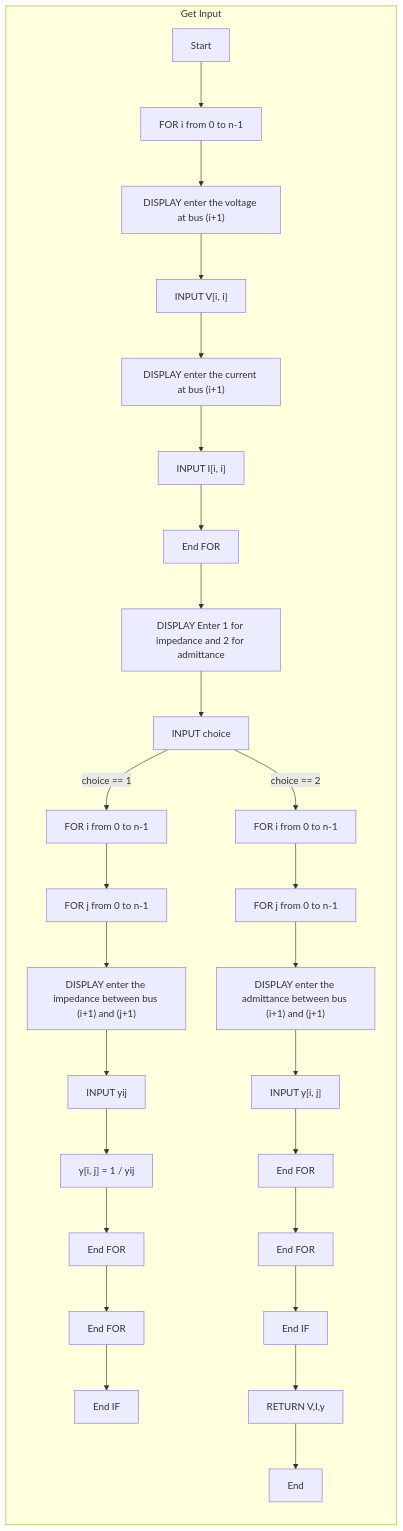
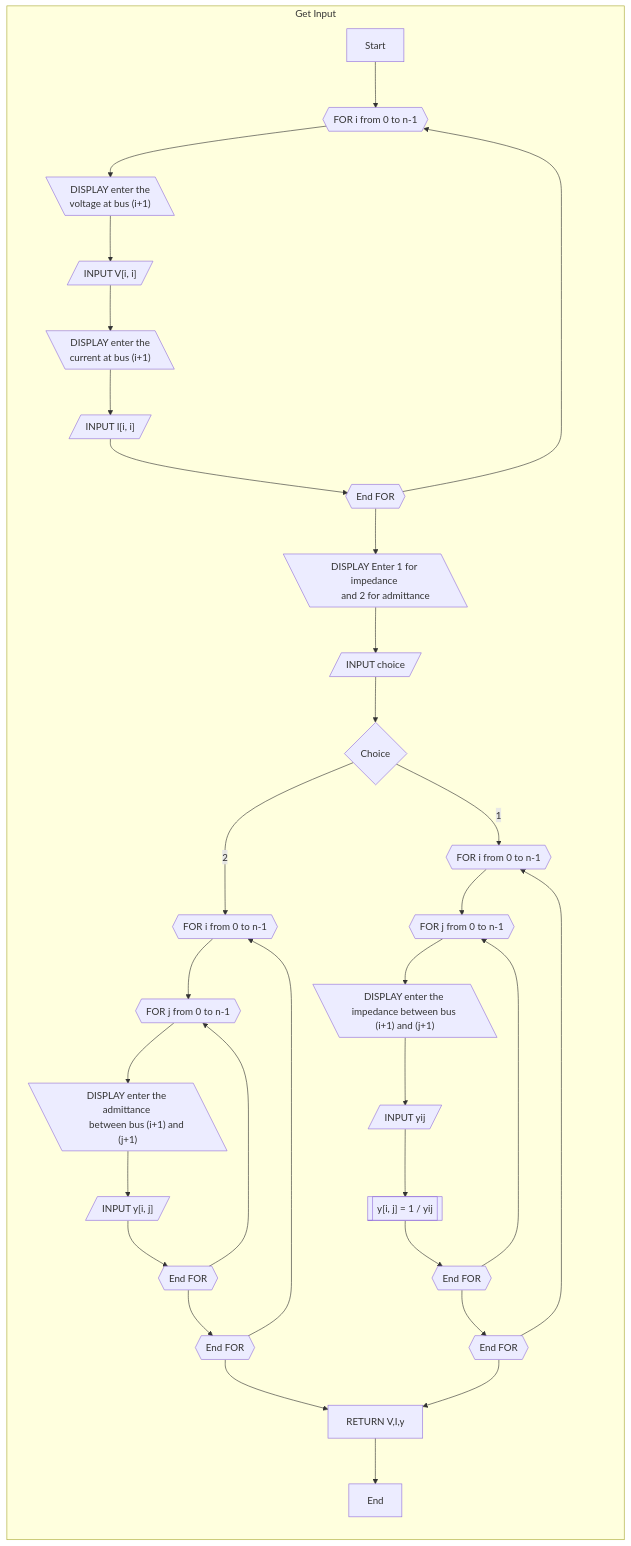
One commit to Sree2011/flowcharts-load-flow-analysis changed the first of 4 diagrams in line-flows-and-losses.md. Above: the diagram before and after it, drawn with Mermaid. The commit also changed other lines of this file, not shown here.

```diff
--- a/line-flows-and-losses.md
+++ b/line-flows-and-losses.md
@@ -10,32 +10,41 @@
 <pre class="mermaid">
 graph LR
     subgraph "Get Input"
         direction TB
-        K[Start]:::bigFontSize
-        K --> L[FOR i from 0 to n-1]:::bigFontSize
-        L --> M["DISPLAY enter the voltage at bus (i+1)"]:::bigFontSize
-        M --> N["INPUT V[i, i]"]:::bigFontSize
-        N --> O["DISPLAY enter the current at bus (i+1)"]:::bigFontSize
-        O --> P["INPUT I[i, i]"]:::bigFontSize
-        P --> Q[End FOR]:::bigFontSize
-        Q --> R["DISPLAY Enter 1 for impedance and 2 for admittance"]:::bigFontSize
-        R --> S[INPUT choice]:::bigFontSize
-        S --> |choice == 1| T[FOR i from 0 to n-1]:::bigFontSize
-        T --> U[FOR j from 0 to n-1]:::bigFontSize
-        U --> V["DISPLAY enter the impedance between bus (i+1) and (j+1)"]:::bigFontSize
-        V --> W[INPUT yij]:::bigFontSize
-        W --> X["y[i, j] = 1 / yij"]:::bigFontSize
-        X --> Y[End FOR]:::bigFontSize
-        Y --> Z[End FOR]:::bigFontSize
-        Z --> AA[End IF]:::bigFontSize
-        S --> |choice == 2| BB[FOR i from 0 to n-1]:::bigFontSize
-        BB --> CC[FOR j from 0 to n-1]:::bigFontSize
-        CC --> DD["DISPLAY enter the admittance between bus (i+1) and (j+1)"]:::bigFontSize
-        DD --> EE["INPUT y[i, j]"]:::bigFontSize
-        EE --> FF[End FOR]:::bigFontSize
-        FF --> GG[End FOR]:::bigFontSize
-        GG --> HH[End IF]:::bigFontSize
-        HH --> II[RETURN V,I,y]:::bigFontSize
-        II --> JJ[End]:::bigFontSize
+        K[Start]
+        K --> L[FOR i from 0 to n-1]@{shape: hex}
+        L --> M["DISPLAY enter the 
+        voltage at bus (i+1)"]@{shape: lean-left}
+        M --> N["INPUT V[i, i]"]@{shape: lean-right}
+        N --> O["DISPLAY enter the 
+        current at bus (i+1)"]@{shape: lean-left}
+        O --> P["INPUT I[i, i]"]@{shape: lean-right}
+        P --> Q[End FOR]@{shape: hex}
+        Q --> L
+        Q --> R["DISPLAY Enter 1 for impedance 
+        and 2 for admittance"]@{shape: lean-left}
+        R --> S[INPUT choice]@{shape: lean-right}
+        S --> S1[Choice]@{shape: diam}
+        S1 --> |1| T[FOR i from 0 to n-1]@{shape: hex}
+        T --> U[FOR j from 0 to n-1]@{shape: hex}
+        U --> V["DISPLAY enter the impedance between bus (i+1) and (j+1)"]@{shape: lean-left}
+        V --> W[INPUT yij]@{shape: lean-right}
+        W --> X[["y[i, j] = 1 / yij"]]
+        X --> Y[End FOR]@{shape: hex}
+        Y --> U
+        Y --> Z[End FOR]@{shape: hex}
+        Z --> T
+        S1 --> |2| BB[FOR i from 0 to n-1]@{shape: hex}
+        BB --> CC[FOR j from 0 to n-1]@{shape: hex}
+        CC --> DD["DISPLAY enter the admittance 
+        between bus (i+1) and (j+1)"]@{shape: lean-left}
+        DD --> EE["INPUT y[i, j]"]@{shape: lean-right}
+        EE --> FF[End FOR]@{shape: hex}
+        FF --> CC
+        FF --> GG[End FOR]@{shape: hex}
+        GG --> BB
+        GG --> II[RETURN V,I,y]
+        Z --> II
+        II --> JJ[End]
     end
 </pre>
```
